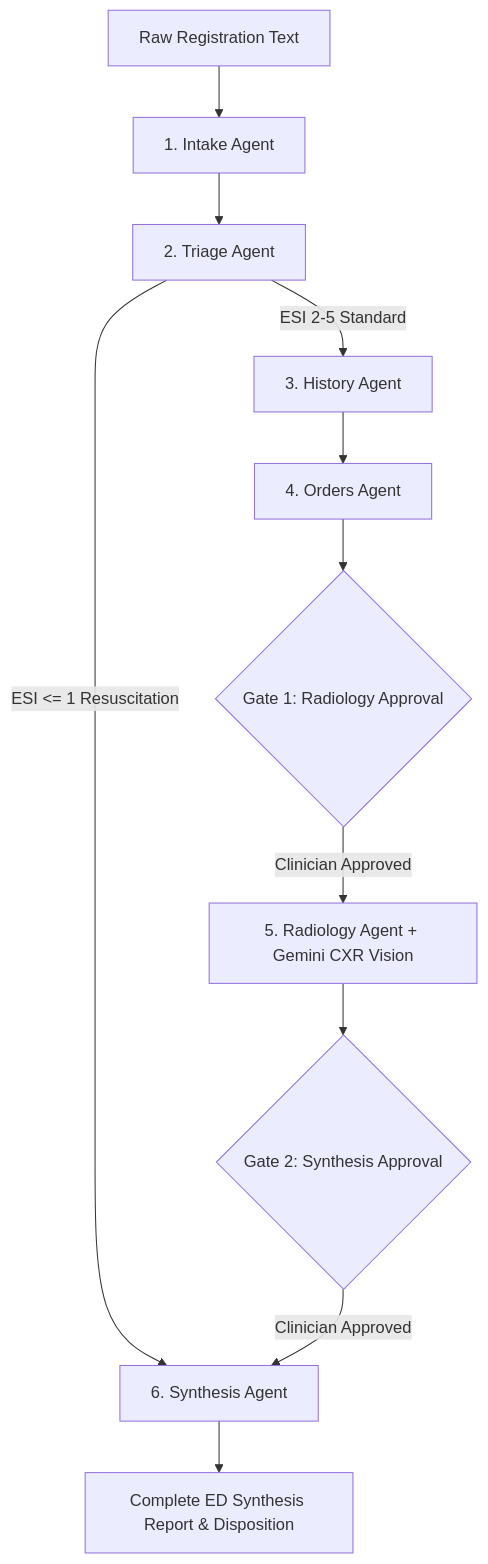
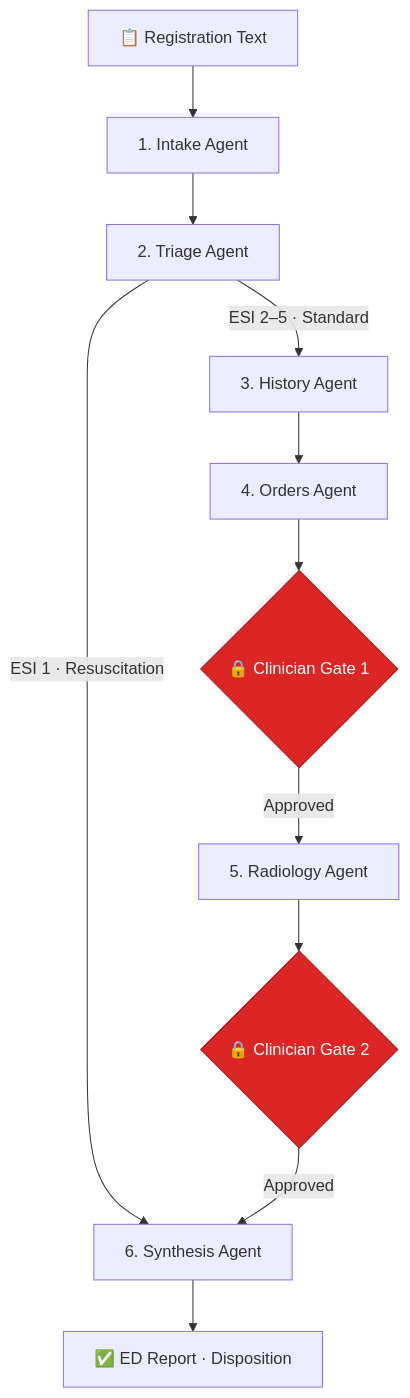
Before and after one commit to nour-hatem/IbnSina: the diagram in README.md, drawn with Mermaid. The commit also changed other lines of this file, not shown here.

````diff
--- a/README.md
+++ b/README.md
@@ -29,13 +59,16 @@
 ```mermaid
 graph TD
-    A[Raw Registration Text] --> B[1. Intake Agent]
-    B --> C[2. Triage Agent]
-    C -->|ESI <= 1 Resuscitation| G[6. Synthesis Agent]
-    C -->|ESI 2-5 Standard| D[3. History Agent]
-    D --> E[4. Orders Agent]
-    E --> F{Gate 1: Radiology Approval}
-    F -->|Clinician Approved| H[5. Radiology Agent + Gemini CXR Vision]
-    H --> I{Gate 2: Synthesis Approval}
-    I -->|Clinician Approved| G
-    G --> J[Complete ED Synthesis Report & Disposition]
+    A["📋 Registration Text"] --> B["1. Intake Agent"]
+    B --> C["2. Triage Agent"]
+    C -->|"ESI 1 · Resuscitation"| G["6. Synthesis Agent"]
+    C -->|"ESI 2–5 · Standard"| D["3. History Agent"]
+    D --> E["4. Orders Agent"]
+    E --> F{"🔒 Clinician Gate 1"}
+    F -->|"Approved"| H["5. Radiology Agent"]
+    H --> I{"🔒 Clinician Gate 2"}
+    I -->|"Approved"| G
+    G --> J["✅ ED Report · Disposition"]
+
+    style F fill:#dc2626,color:#fff,stroke:#991b1b
+    style I fill:#dc2626,color:#fff,stroke:#991b1b
 ```
````
